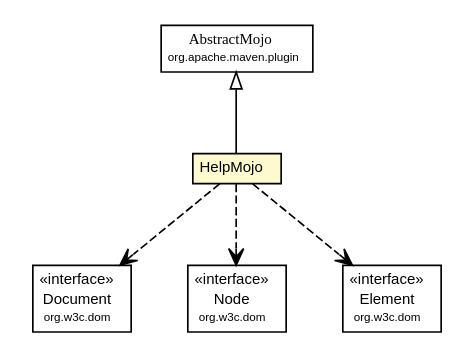
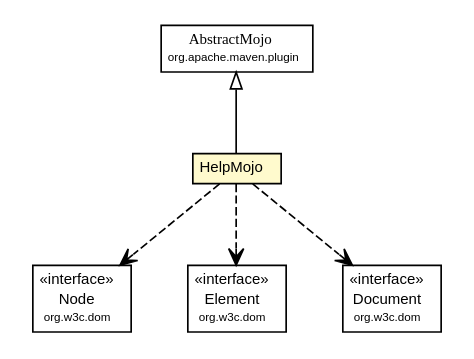
One commit to scoverage/scoverage-maven-plugin changed the diagram in 1.2.0-SNAPSHOT/apidocs/org/scoverage/plugin/HelpMojo.dot. Above: the diagram before and after it, drawn with Graphviz. The commit also changed 65 other files, not shown here.

```diff
--- a/1.2.0-SNAPSHOT/apidocs/org/scoverage/plugin/HelpMojo.dot
+++ b/1.2.0-SNAPSHOT/apidocs/org/scoverage/plugin/HelpMojo.dot
@@ -1,57 +1,57 @@
 #!/usr/local/bin/dot
 #
 # Class diagram 
 # Generated by UMLGraph version R5_6-24-gf6e263 (http://www.umlgraph.org/)
 #
 
 digraph G {
 	edge [fontname="arial",fontsize=10,labelfontname="arial",labelfontsize=10];
 	node [fontname="arial",fontsize=10,shape=plaintext];
 	nodesep=0.25;
 	ranksep=0.5;
 	// org.scoverage.plugin.HelpMojo
-	c19 [label=<<table title="org.scoverage.plugin.HelpMojo" border="0" cellborder="1" cellspacing="0" cellpadding="2" port="p" bgcolor="lemonChiffon" href="./HelpMojo.html">
+	c21 [label=<<table title="org.scoverage.plugin.HelpMojo" border="0" cellborder="1" cellspacing="0" cellpadding="2" port="p" bgcolor="lemonChiffon" href="./HelpMojo.html">
 		<tr><td><table border="0" cellspacing="0" cellpadding="1">
 <tr><td align="center" balign="center"> HelpMojo </td></tr>
 		</table></td></tr>
 		</table>>, URL="./HelpMojo.html", fontname="arial", fontcolor="black", fontsize=9.0];
 	//org.scoverage.plugin.HelpMojo extends org.apache.maven.plugin.AbstractMojo
-	c56:p -> c19:p [dir=back,arrowtail=empty];
+	c62:p -> c21:p [dir=back,arrowtail=empty];
+	// org.scoverage.plugin.HelpMojo DEPEND org.w3c.dom.Node
+	c21:p -> c64:p [taillabel="", label="", headlabel="", fontname="arial", fontcolor="black", fontsize=10.0, color="black", arrowhead=open, style=dashed];
+	// org.scoverage.plugin.HelpMojo DEPEND org.w3c.dom.Element
+	c21:p -> c65:p [taillabel="", label="", headlabel="", fontname="arial", fontcolor="black", fontsize=10.0, color="black", arrowhead=open, style=dashed];
 	// org.scoverage.plugin.HelpMojo DEPEND org.w3c.dom.Document
-	c19:p -> c57:p [taillabel="", label="", headlabel="", fontname="arial", fontcolor="black", fontsize=10.0, color="black", arrowhead=open, style=dashed];
-	// org.scoverage.plugin.HelpMojo DEPEND org.w3c.dom.Node
-	c19:p -> c59:p [taillabel="", label="", headlabel="", fontname="arial", fontcolor="black", fontsize=10.0, color="black", arrowhead=open, style=dashed];
-	// org.scoverage.plugin.HelpMojo DEPEND org.w3c.dom.Element
-	c19:p -> c60:p [taillabel="", label="", headlabel="", fontname="arial", fontcolor="black", fontsize=10.0, color="black", arrowhead=open, style=dashed];
+	c21:p -> c66:p [taillabel="", label="", headlabel="", fontname="arial", fontcolor="black", fontsize=10.0, color="black", arrowhead=open, style=dashed];
 	// org.w3c.dom.Element
-	c60 [label=<<table title="org.w3c.dom.Element" border="0" cellborder="1" cellspacing="0" cellpadding="2" port="p" href="http://docs.oracle.com/javase/1.6.0/docs/api/org/w3c/dom/Element.html">
+	c65 [label=<<table title="org.w3c.dom.Element" border="0" cellborder="1" cellspacing="0" cellpadding="2" port="p" href="http://docs.oracle.com/javase/1.6.0/docs/api/org/w3c/dom/Element.html">
 		<tr><td><table border="0" cellspacing="0" cellpadding="1">
 <tr><td align="center" balign="center"> &#171;interface&#187; </td></tr>
 <tr><td align="center" balign="center"> Element </td></tr>
 <tr><td align="center" balign="center"><font point-size="7.0"> org.w3c.dom </font></td></tr>
 		</table></td></tr>
 		</table>>, URL="http://docs.oracle.com/javase/1.6.0/docs/api/org/w3c/dom/Element.html", fontname="arial", fontcolor="black", fontsize=9.0];
 	// org.w3c.dom.Document
-	c57 [label=<<table title="org.w3c.dom.Document" border="0" cellborder="1" cellspacing="0" cellpadding="2" port="p" href="http://docs.oracle.com/javase/1.6.0/docs/api/org/w3c/dom/Document.html">
+	c66 [label=<<table title="org.w3c.dom.Document" border="0" cellborder="1" cellspacing="0" cellpadding="2" port="p" href="http://docs.oracle.com/javase/1.6.0/docs/api/org/w3c/dom/Document.html">
 		<tr><td><table border="0" cellspacing="0" cellpadding="1">
 <tr><td align="center" balign="center"> &#171;interface&#187; </td></tr>
 <tr><td align="center" balign="center"> Document </td></tr>
 <tr><td align="center" balign="center"><font point-size="7.0"> org.w3c.dom </font></td></tr>
 		</table></td></tr>
 		</table>>, URL="http://docs.oracle.com/javase/1.6.0/docs/api/org/w3c/dom/Document.html", fontname="arial", fontcolor="black", fontsize=9.0];
 	// org.w3c.dom.Node
-	c59 [label=<<table title="org.w3c.dom.Node" border="0" cellborder="1" cellspacing="0" cellpadding="2" port="p" href="http://docs.oracle.com/javase/1.6.0/docs/api/org/w3c/dom/Node.html">
+	c64 [label=<<table title="org.w3c.dom.Node" border="0" cellborder="1" cellspacing="0" cellpadding="2" port="p" href="http://docs.oracle.com/javase/1.6.0/docs/api/org/w3c/dom/Node.html">
 		<tr><td><table border="0" cellspacing="0" cellpadding="1">
 <tr><td align="center" balign="center"> &#171;interface&#187; </td></tr>
 <tr><td align="center" balign="center"> Node </td></tr>
 <tr><td align="center" balign="center"><font point-size="7.0"> org.w3c.dom </font></td></tr>
 		</table></td></tr>
 		</table>>, URL="http://docs.oracle.com/javase/1.6.0/docs/api/org/w3c/dom/Node.html", fontname="arial", fontcolor="black", fontsize=9.0];
 	// org.apache.maven.plugin.AbstractMojo
-	c56 [label=<<table title="org.apache.maven.plugin.AbstractMojo" border="0" cellborder="1" cellspacing="0" cellpadding="2" port="p" href="http://maven.apache.org/ref/2.2.1/maven-plugin-api/apidocs/org/apache/maven/plugin/AbstractMojo.html">
+	c62 [label=<<table title="org.apache.maven.plugin.AbstractMojo" border="0" cellborder="1" cellspacing="0" cellpadding="2" port="p" href="http://maven.apache.org/ref/2.2.1/maven-plugin-api/apidocs/org/apache/maven/plugin/AbstractMojo.html">
 		<tr><td><table border="0" cellspacing="0" cellpadding="1">
 <tr><td align="center" balign="center"><font face="arial italic"> AbstractMojo </font></td></tr>
 <tr><td align="center" balign="center"><font point-size="7.0"> org.apache.maven.plugin </font></td></tr>
 		</table></td></tr>
 		</table>>, URL="http://maven.apache.org/ref/2.2.1/maven-plugin-api/apidocs/org/apache/maven/plugin/AbstractMojo.html", fontname="arial", fontcolor="black", fontsize=9.0];
 }
```
